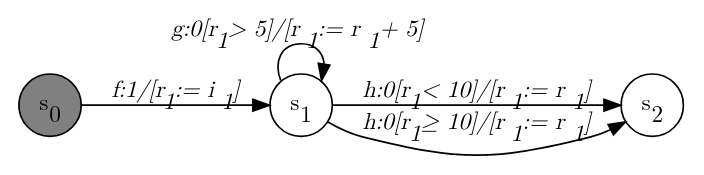
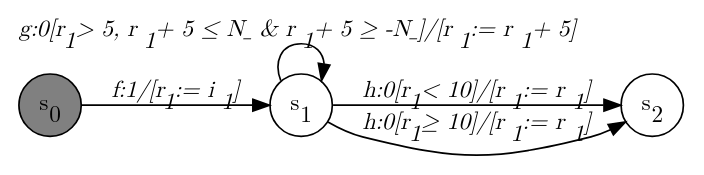
Before and after one commit to jmafoster1/efsm-sal: the diagram in dotfiles/Horrible_Example_1.dot, drawn with Graphviz. The commit also changed 51 other files, not shown here.

```diff
--- a/dotfiles/Horrible_Example_1.dot
+++ b/dotfiles/Horrible_Example_1.dot
@@ -1,14 +1,14 @@
 digraph Horrible_Example_1{
-   graph [rankdir="LR", fontname="Latin Modern Math"];
-   node [color="black", fillcolor="white", shape="circle", style="filled", fontname="Latin Modern Math"];
-   edge [fontname="Latin Modern Math"];
+    graph [rankdir="LR", fontname="Latin Modern Math"];
+    node [color="black", fillcolor="white", shape="circle", style="filled", fontname="Latin Modern Math"];
+    edge [fontname="Latin Modern Math"];
 
-   s0[fillcolor="gray", label=<s<sub>0</sub>>];
-   s1[label=<s<sub>1</sub>>];
-   s2[label=<s<sub>2</sub>>];
+    s0[fillcolor="gray", label=<s<sub>0</sub>>];
+    s1[label=<s<sub>1</sub>>];
+    s2[label=<s<sub>2</sub>>];
 
-   s0->s1[label=<<i>f:1/&#91;r<sub>1</sub> := i<sub>1</sub>&#93;</i>>];
-   s1->s1[label=<<i>g:0&#91;r<sub>1</sub> &gt; 5&#93;/&#91;r<sub>1</sub> := r<sub>1</sub> + 5&#93;</i>>];
-   s1->s2[label=<<i>h:0&#91;r<sub>1</sub> &lt; 10&#93;/&#91;r<sub>1</sub> := r<sub>1</sub>&#93;</i>>];
-   s1->s2[label=<<i>h:0&#91;r<sub>1</sub> &ge; 10&#93;/&#91;r<sub>1</sub> := r<sub>1</sub>&#93;</i>>];
+    s0->s1[label=<<i>f:1/&#91;r<sub>1</sub> := i<sub>1</sub>&#93;</i>>];
+    s1->s1[label=<<i>g:0&#91;r<sub>1</sub> &gt; 5, r<sub>1</sub> + 5 &le; N_ &amp; r<sub>1</sub> + 5 &ge; -N_&#93;/&#91;r<sub>1</sub> := r<sub>1</sub> + 5&#93;</i>>];
+    s1->s2[label=<<i>h:0&#91;r<sub>1</sub> &lt; 10&#93;/&#91;r<sub>1</sub> := r<sub>1</sub>&#93;</i>>];
+    s1->s2[label=<<i>h:0&#91;r<sub>1</sub> &ge; 10&#93;/&#91;r<sub>1</sub> := r<sub>1</sub>&#93;</i>>];
 }
```
